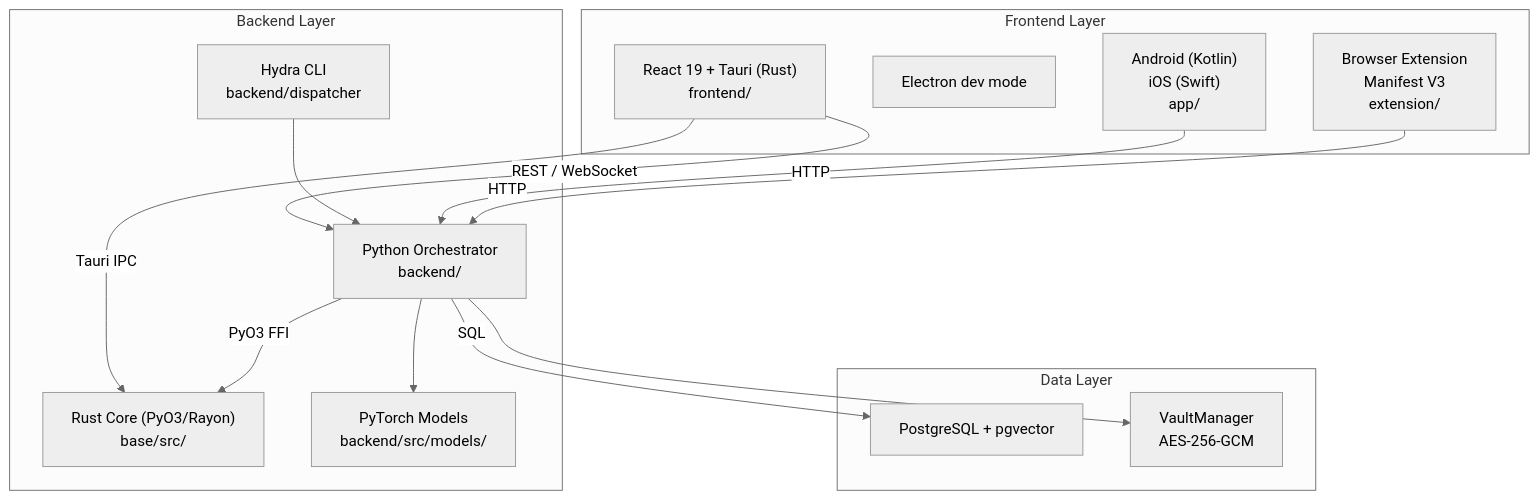
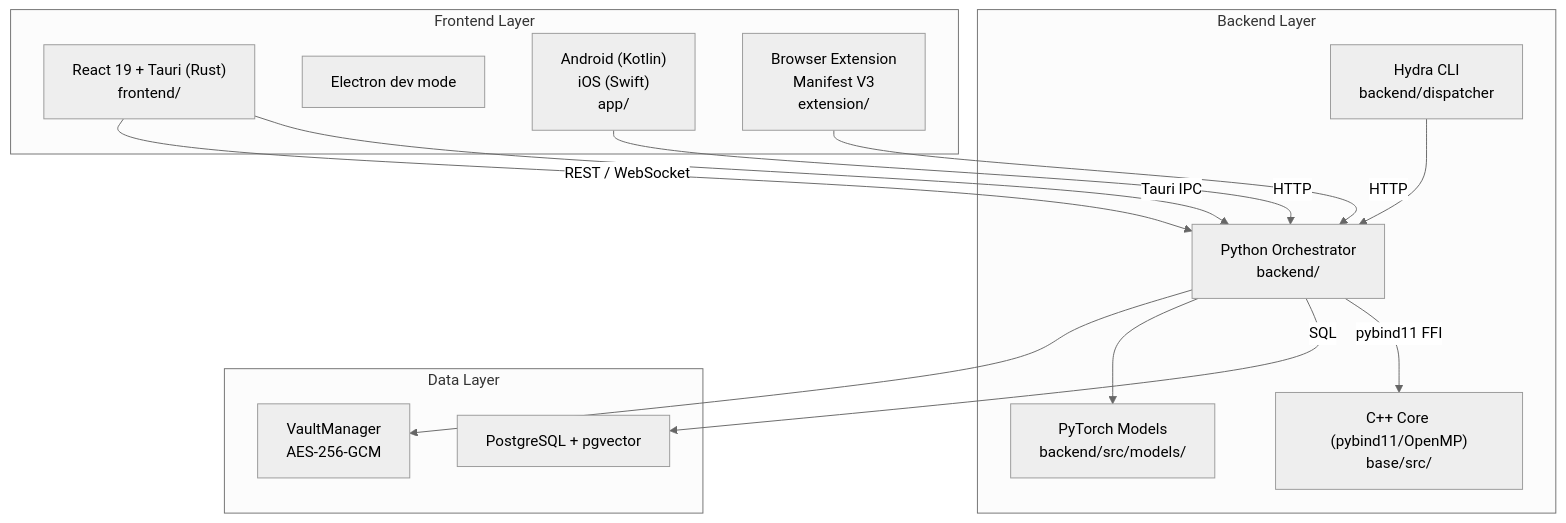
One commit to ACFHarbinger/Image-Toolkit changed the diagram in docs/index.md. Above: the diagram before and after it, drawn with Mermaid (neutral theme). The commit also changed other lines of this file and 51 other files, not shown here.

````diff
--- a/docs/index.md
+++ b/docs/index.md
@@ -27,31 +27,31 @@
 ```mermaid
 graph TD
     subgraph Frontend["Frontend Layer"]
         FE["React 19 + Tauri (Rust)\nfrontend/"]
         EL["Electron dev mode"]
         MB["Android (Kotlin)\niOS (Swift)\napp/"]
         EXT["Browser Extension\nManifest V3\nextension/"]
     end
 
     subgraph Backend["Backend Layer"]
         PY["Python Orchestrator\nbackend/"]
-        RU["Rust Core (PyO3/Rayon)\nbase/src/"]
+        RU["C++ Core (pybind11/OpenMP)\nbase/src/"]
         ML["PyTorch Models\nbackend/src/models/"]
         HY["Hydra CLI\nbackend/dispatcher"]   
     end
 
     subgraph Data["Data Layer"]
         PG["PostgreSQL + pgvector"]
         VT["VaultManager\nAES-256-GCM"]
     end
 
-    FE -->|Tauri IPC| RU
+    FE -->|Tauri IPC| PY
     FE -->|REST / WebSocket| PY
-    PY -->|PyO3 FFI| RU
+    PY -->|pybind11 FFI| RU
     PY -->|SQL| PG
     PY --> ML
     HY --> PY
     MB -->|HTTP| PY
     EXT -->|HTTP| PY
     PY --> VT
 ```
````
